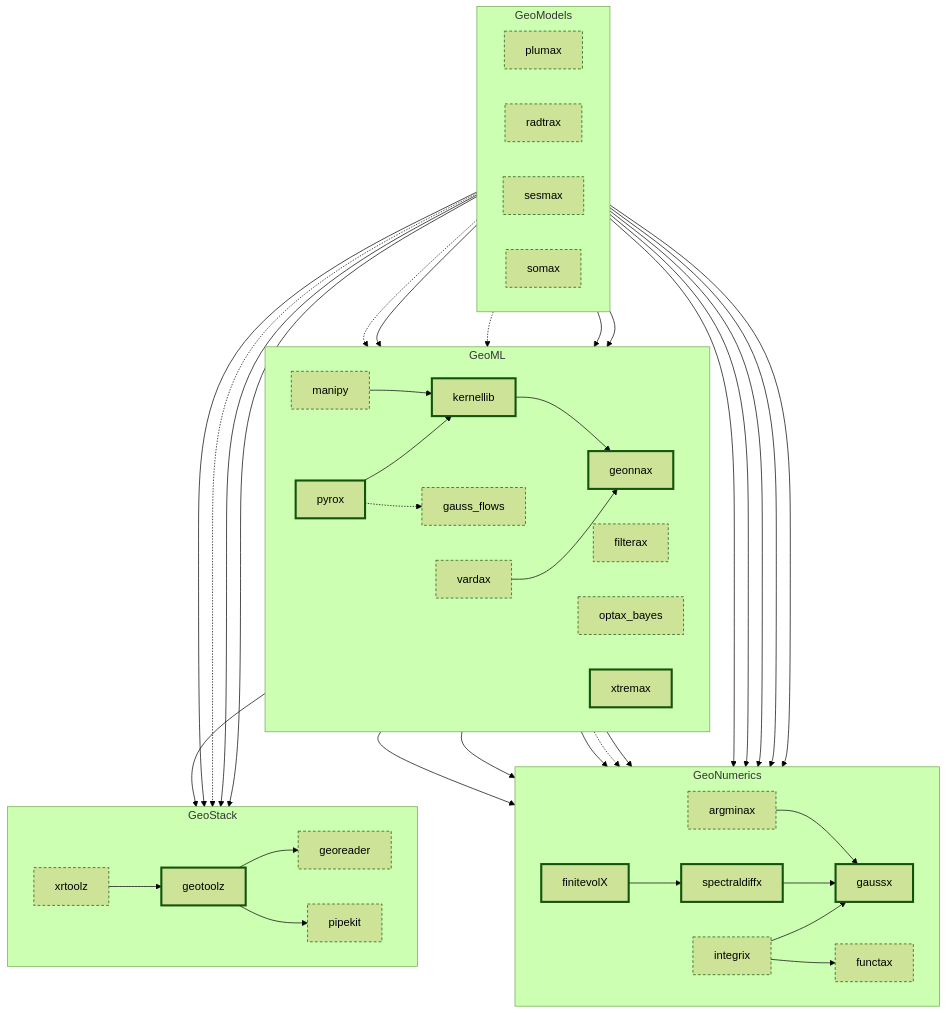
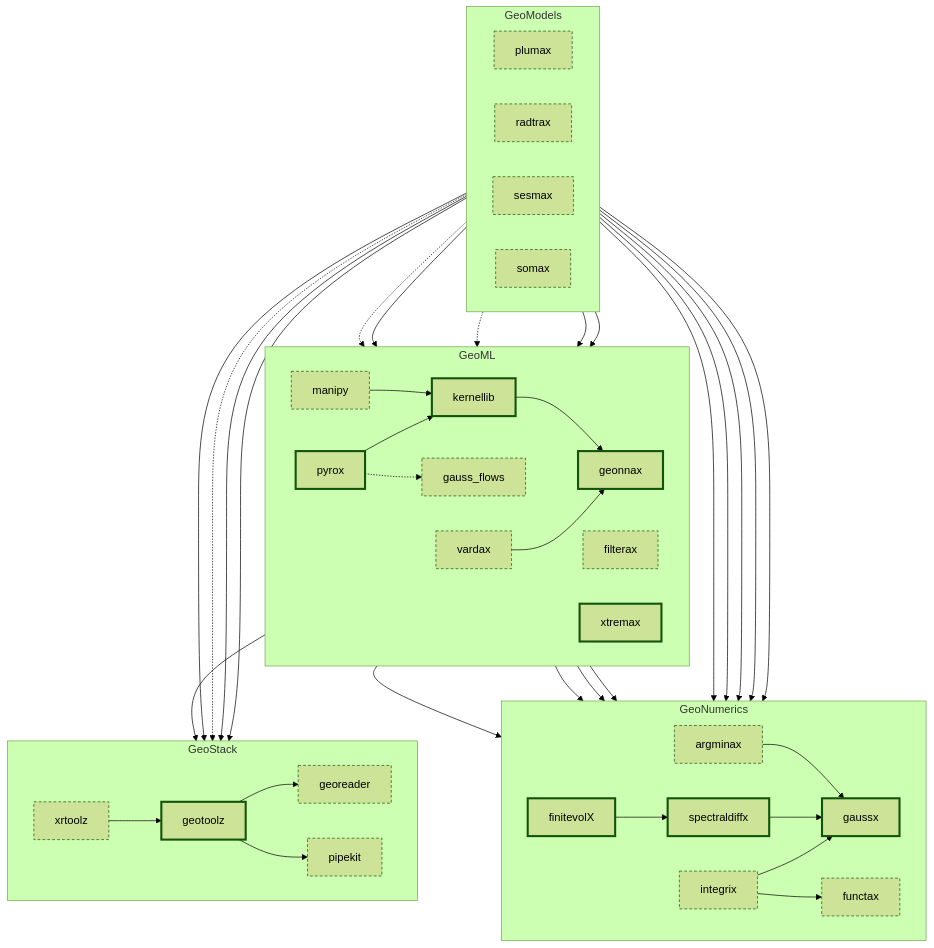
One commit to jejjohnson/geostack changed the diagram in docs/design/skill_tree.md. Above: the diagram before and after it, drawn with Mermaid (forest theme). The commit also changed other lines of this file and 19 other files, not shown here.

First line of the commit message:
chore(stack): fold optax_bayes into argminax in the overview, the dependency graph, the capability index and the submodules

````diff
--- a/docs/design/skill_tree.md
+++ b/docs/design/skill_tree.md
@@ -89,73 +89,71 @@
 ```{mermaid}
 flowchart TB
   subgraph geomodels["GeoModels"]
     direction LR
     plumax:::none
     radtrax:::none
     sesmax:::none
     somax:::none
   end
   subgraph geoml["GeoML"]
     direction LR
     pyrox:::has
     vardax:::none
     filterax:::none
     manipy:::none
     kernellib:::has
-    optax_bayes:::none
     xtremax:::has
     gauss_flows:::none
     geonnax:::has
   end
   subgraph numerics["GeoNumerics"]
     direction LR
     finitevolX:::has
     argminax:::none
     integrix:::none
     spectraldiffx:::has
     functax:::none
     gaussx:::has
   end
   subgraph geostack["GeoStack"]
     direction LR
     xrtoolz:::none
     geotoolz:::has
     georeader:::none
     pipekit:::none
   end
   argminax --> gaussx
   filterax --> gaussx
   finitevolX --> spectraldiffx
   gauss_flows --> gaussx
   geotoolz --> georeader
   geotoolz --> pipekit
   integrix --> functax
   integrix --> gaussx
   kernellib --> gaussx
   kernellib --> geonnax
   manipy --> kernellib
-  optax_bayes -.-> gaussx
   plumax --> finitevolX
   plumax --> pipekit
   pyrox -.-> gauss_flows
   pyrox --> kernellib
   radtrax --> gaussx
   radtrax -.-> georeader
   sesmax -.-> filterax
   sesmax --> finitevolX
   sesmax --> geonnax
   sesmax --> integrix
   sesmax --> pipekit
   sesmax -.-> vardax
   somax --> filterax
   somax --> finitevolX
   somax --> geonnax
   somax --> pipekit
   spectraldiffx --> gaussx
   vardax --> gaussx
   vardax --> geonnax
   vardax --> pipekit
   xrtoolz --> geotoolz
   classDef has stroke-width:3px
   classDef none stroke-dasharray:4 3
 ```
````
